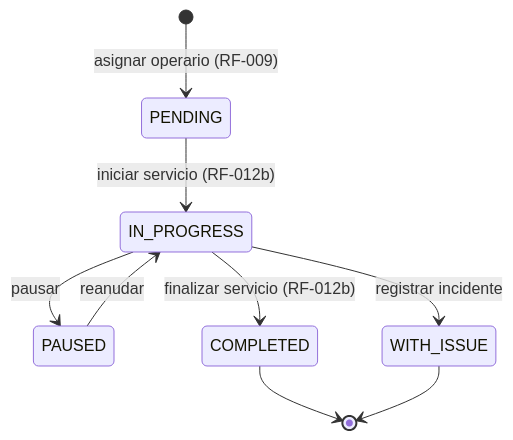
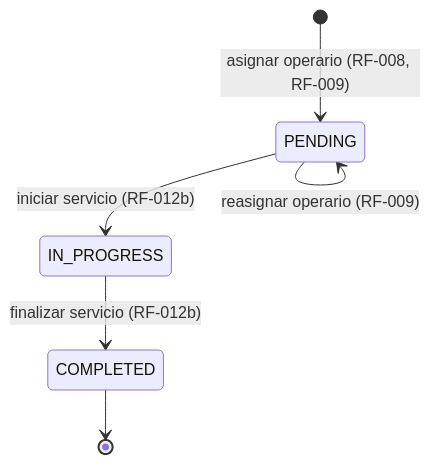
The eighth of 8 diagrams in 01_INFORME_DE_ESPECIFICACION_DE_REQUISITOS/ES/MD/informe-de-especificacion-de-requisitos.md (BrayanCABRERA123/lavarapido-docs), drawn with Mermaid before and after one commit. The commit also changed other lines of this file and 15 other files, not shown here.

Commit message:
docs(srs): remove the role change, fix the client cancel flow and update events and states (7.6)

````diff
--- a/01_INFORME_DE_ESPECIFICACION_DE_REQUISITOS/ES/MD/informe-de-especificacion-de-requisitos.md
+++ b/01_INFORME_DE_ESPECIFICACION_DE_REQUISITOS/ES/MD/informe-de-especificacion-de-requisitos.md
@@ -1332,11 +1299,8 @@
 ```mermaid
 stateDiagram-v2
-    [*] --> PENDING : asignar operario (RF-009)
+    [*] --> PENDING : asignar operario (RF-008, RF-009)
+    PENDING --> PENDING : reasignar operario (RF-009)
     PENDING --> IN_PROGRESS : iniciar servicio (RF-012b)
-    IN_PROGRESS --> PAUSED : pausar
-    PAUSED --> IN_PROGRESS : reanudar
     IN_PROGRESS --> COMPLETED : finalizar servicio (RF-012b)
-    IN_PROGRESS --> WITH_ISSUE : registrar incidente
     COMPLETED --> [*]
-    WITH_ISSUE --> [*]
 ```
````
